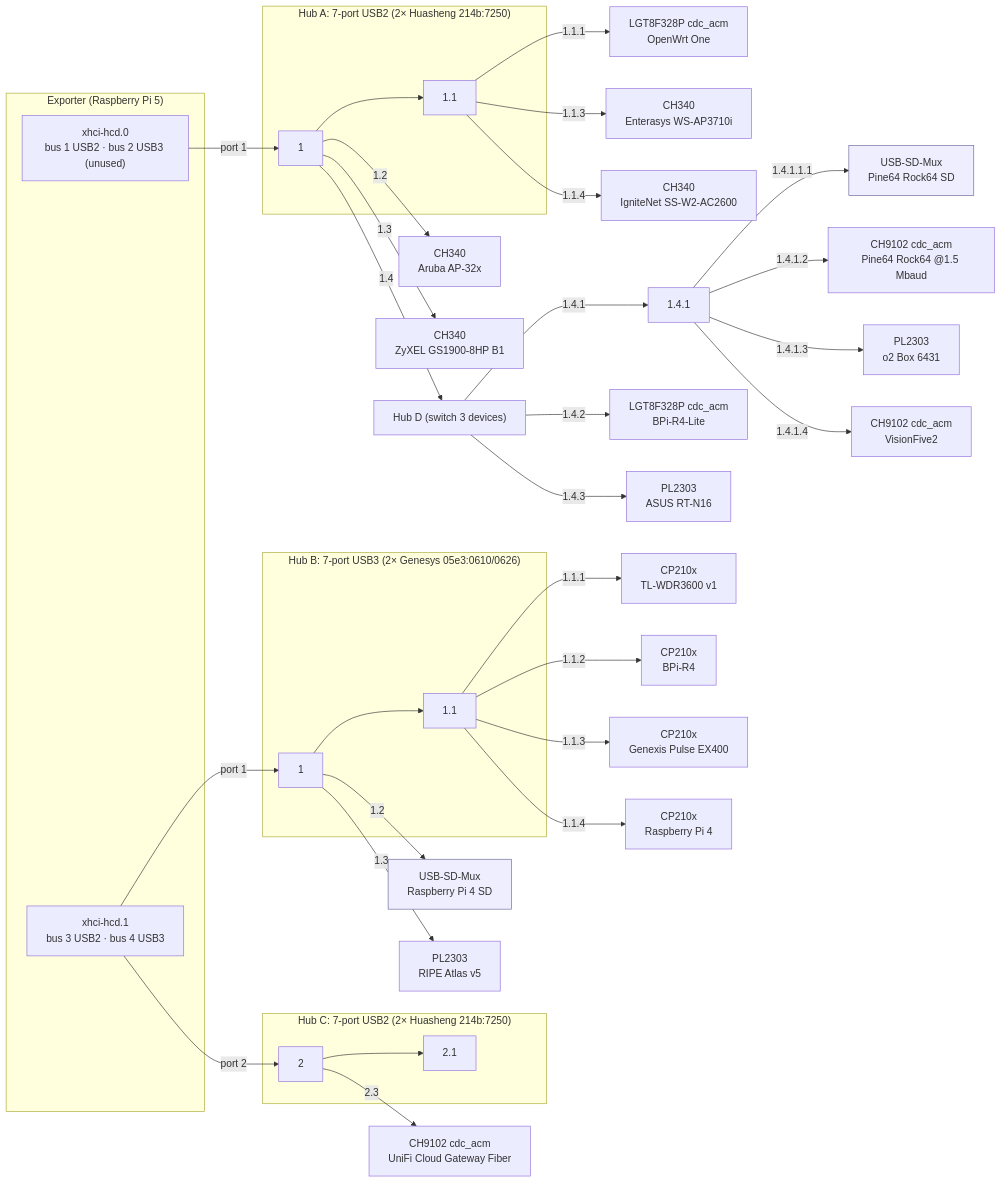
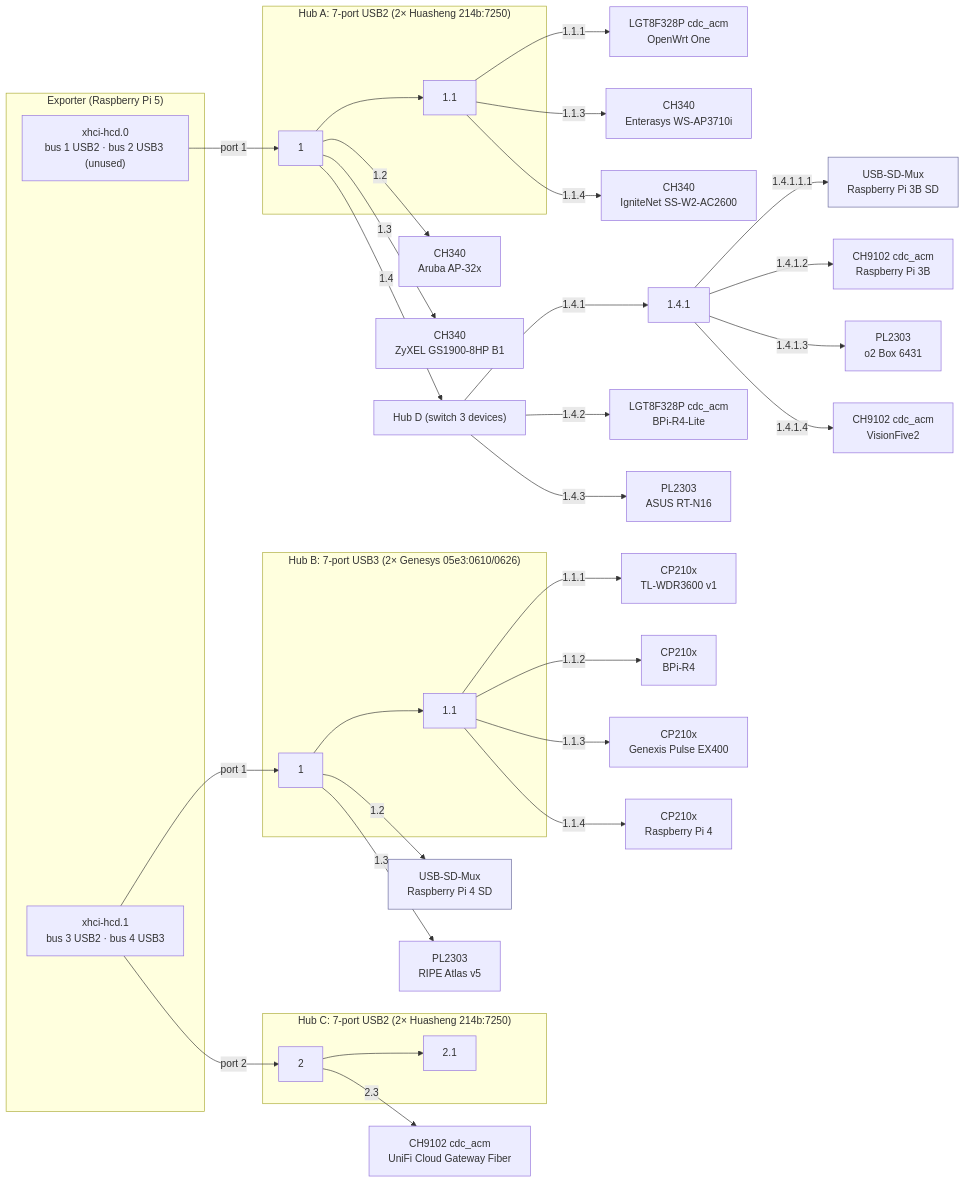
The second of 2 diagrams in labs/labgrid-aparcar/README.md (aparcar/openwrt-tests), drawn with Mermaid before and after one commit. The commit also changed other lines of this file and 2 other files, not shown here.

First line of the commit message:
labs: aparcar: Raspberry Pi 3B on switch 3 lan9

````diff
--- a/labs/labgrid-aparcar/README.md
+++ b/labs/labgrid-aparcar/README.md
@@ -202,47 +202,47 @@
 ```mermaid
 flowchart LR
   subgraph EXP["Exporter (Raspberry Pi 5)"]
     X0["xhci-hcd.0<br/>bus 1 USB2 · bus 2 USB3 (unused)"]
     X1["xhci-hcd.1<br/>bus 3 USB2 · bus 4 USB3"]
   end
 
   subgraph HUBA["Hub A: 7-port USB2 (2× Huasheng 214b:7250)"]
     A0["1"] --> A1["1.1"]
   end
   subgraph HUBB["Hub B: 7-port USB3 (2× Genesys 05e3:0610/0626)"]
     B0["1"] --> B1["1.1"]
   end
   subgraph HUBC["Hub C: 7-port USB2 (2× Huasheng 214b:7250)"]
     C0["2"] --> C1["2.1"]
   end
 
   X0 -->|port 1| A0
   X1 -->|port 1| B0
   X1 -->|port 2| C0
 
   A1 -->|1.1.1| a1["LGT8F328P cdc_acm<br/>OpenWrt One"]
   A1 -->|1.1.3| a7["CH340<br/>Enterasys WS-AP3710i"]
   A1 -->|1.1.4| a8["CH340<br/>IgniteNet SS-W2-AC2600"]
   A0 -->|1.2| a3["CH340<br/>Aruba AP-32x"]
   A0 -->|1.3| a4["CH340<br/>ZyXEL GS1900-8HP B1"]
   A0 -->|1.4| D0["Hub D (switch 3 devices)"]
   D0 -->|1.4.1| D1["1.4.1"]
-  D1 -->|1.4.1.1.1| d1m["USB-SD-Mux<br/>Pine64 Rock64 SD"]
-  D1 -->|1.4.1.2| d1s["CH9102 cdc_acm<br/>Pine64 Rock64 @1.5 Mbaud"]
+  D1 -->|1.4.1.1.1| d1m["USB-SD-Mux<br/>Raspberry Pi 3B SD"]
+  D1 -->|1.4.1.2| d1s["CH9102 cdc_acm<br/>Raspberry Pi 3B"]
   D1 -->|1.4.1.3| d1o["PL2303<br/>o2 Box 6431"]
   D1 -->|1.4.1.4| d1v["CH9102 cdc_acm<br/>VisionFive2"]
   D0 -->|1.4.2| d2r["LGT8F328P cdc_acm<br/>BPi-R4-Lite"]
   D0 -->|1.4.3| d3a["PL2303<br/>ASUS RT-N16"]
 
   B1 -->|1.1.1| b1["CP210x<br/>TL-WDR3600 v1"]
   B1 -->|1.1.2| b2["CP210x<br/>BPi-R4"]
   B1 -->|1.1.3| b3["CP210x<br/>Genexis Pulse EX400"]
   B1 -->|1.1.4| b4["CP210x<br/>Raspberry Pi 4"]
   B0 -->|1.2| b5["USB-SD-Mux<br/>Raspberry Pi 4 SD"]
   B0 -->|1.3| b6["PL2303<br/>RIPE Atlas v5"]
 
   C0 -->|2.3| c5["CH9102 cdc_acm<br/>UniFi Cloud Gateway Fiber"]
 
   classDef mux fill:#eef,stroke:#669
   class b5,d1m mux
 ```
````
